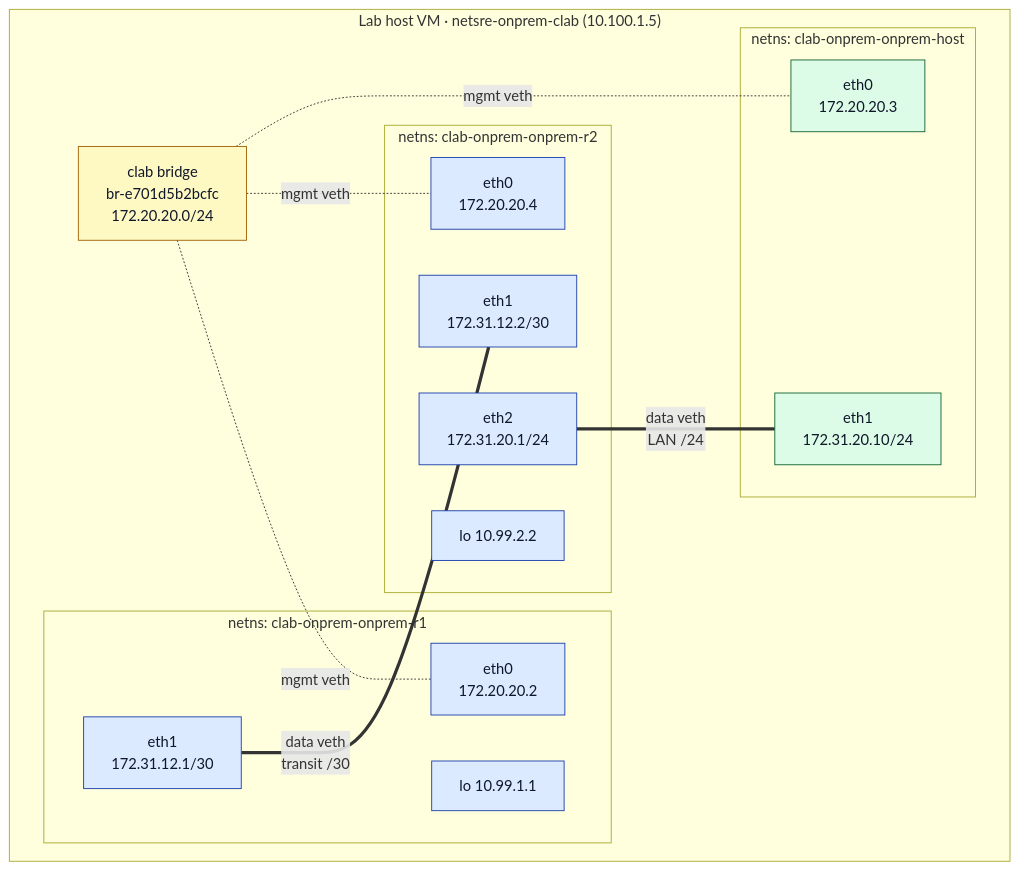
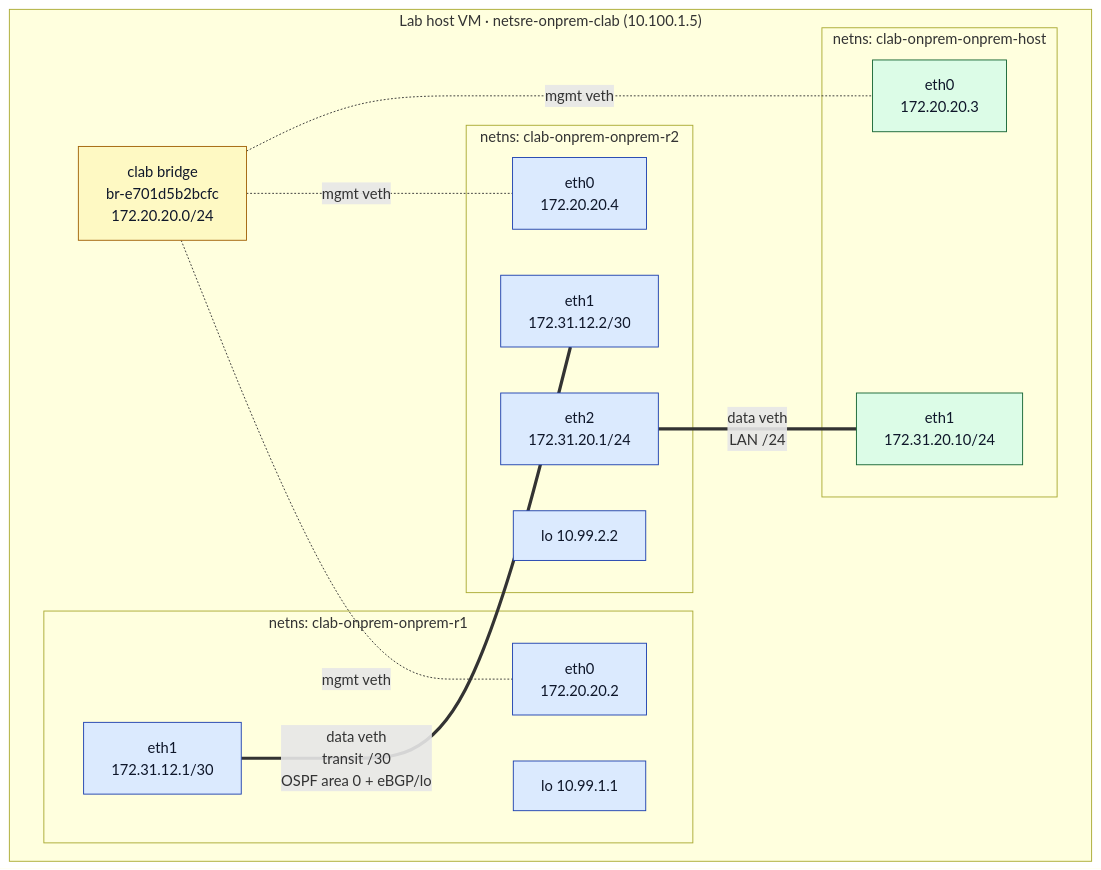
The second of 4 diagrams in docs/containerlab-onprem-how-it-works.md (erjosito/networking-sre-agent), drawn with Mermaid before and after one commit. The commit also changed other lines of this file and 7 other files, not shown here.

````diff
--- a/docs/containerlab-onprem-how-it-works.md
+++ b/docs/containerlab-onprem-how-it-works.md
@@ -142,32 +142,32 @@
 ```mermaid
 graph TB
     subgraph HOST["Lab host VM · netsre-onprem-clab (10.100.1.5)"]
         BR["clab bridge<br/>br-e701d5b2bcfc<br/>172.20.20.0/24"]
         subgraph NS1["netns: clab-onprem-onprem-r1"]
             R1E0["eth0<br/>172.20.20.2"]
             R1E1["eth1<br/>172.31.12.1/30"]
             R1LO["lo 10.99.1.1"]
         end
         subgraph NS2["netns: clab-onprem-onprem-r2"]
             R2E0["eth0<br/>172.20.20.4"]
             R2E1["eth1<br/>172.31.12.2/30"]
             R2E2["eth2<br/>172.31.20.1/24"]
             R2LO["lo 10.99.2.2"]
         end
         subgraph NS3["netns: clab-onprem-onprem-host"]
             HE0["eth0<br/>172.20.20.3"]
             HE1["eth1<br/>172.31.20.10/24"]
         end
         BR -. "mgmt veth" .- R1E0
         BR -. "mgmt veth" .- R2E0
         BR -. "mgmt veth" .- HE0
-        R1E1 ===|"data veth<br/>transit /30"| R2E1
+        R1E1 ===|"data veth<br/>transit /30<br/>OSPF area 0 + eBGP/lo"| R2E1
         R2E2 ===|"data veth<br/>LAN /24"| HE1
     end
     classDef br fill:#fef9c3,stroke:#a16207,color:#0f172a;
     classDef rtr fill:#dbeafe,stroke:#1e40af,color:#0f172a;
     classDef srv fill:#dcfce7,stroke:#166534,color:#0f172a;
     class BR br;
     class R1E0,R1E1,R1LO,R2E0,R2E1,R2E2,R2LO rtr;
     class HE0,HE1 srv;
 ```
````
